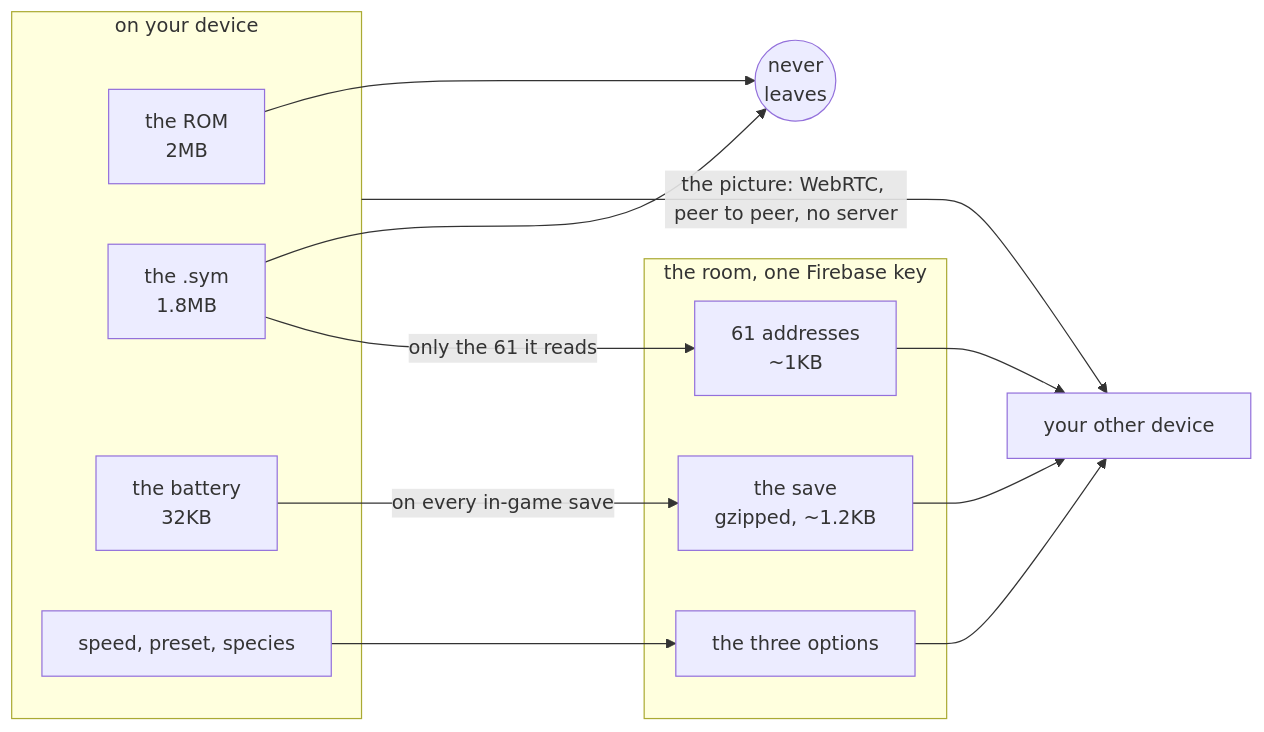
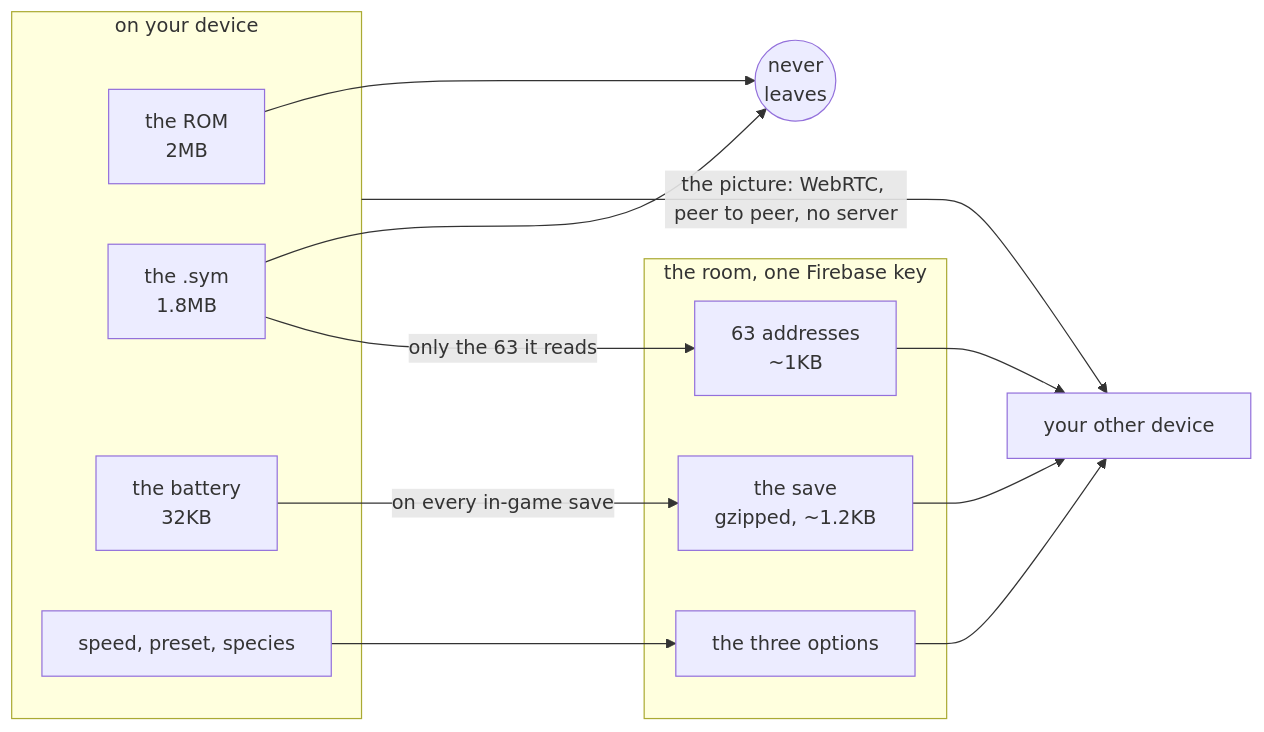
Before and after one commit to minormending/crystal-pilot-mobile: the second of 2 diagrams in docs/DEVICES.md, drawn with Mermaid. The commit also changed other lines of this file and 16 other files, not shown here.

````diff
--- a/docs/DEVICES.md
+++ b/docs/DEVICES.md
@@ -327,25 +327,25 @@
 ```mermaid
 flowchart LR
     subgraph D["on your device"]
         ROM["the ROM<br/>2MB"]
         SYM["the .sym<br/>1.8MB"]
         SAVE["the battery<br/>32KB"]
         OPT["speed, preset, species"]
     end
     STOP(("never<br/>leaves"))
     subgraph R["the room, one Firebase key"]
-        A["61 addresses<br/>~1KB"]
+        A["63 addresses<br/>~1KB"]
         S["the save<br/>gzipped, ~1.2KB"]
         O["the three options"]
     end
     OTHER["your other device"]
     ROM --> STOP
     SYM --> STOP
-    SYM -->|"only the 61 it reads"| A
+    SYM -->|"only the 63 it reads"| A
     SAVE -->|"on every in-game save"| S
     OPT --> O
     A --> OTHER
     S --> OTHER
     O --> OTHER
     D -->|"the picture: WebRTC, peer to peer, no server"| OTHER
 ```
````
